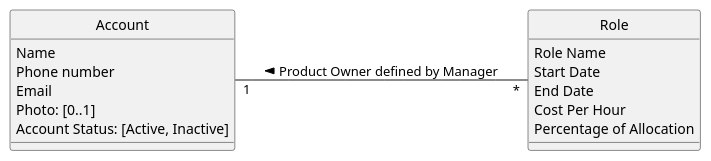
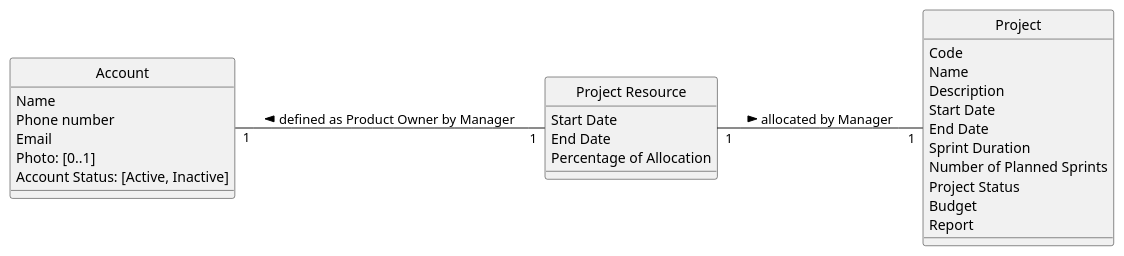
One commit to ivo-menezes/project_g3 changed the diagram in docs/modelling_design/user_stories/us012/US012_DefinePOofProjectDMD.puml. Above: the diagram before and after it, drawn with PlantUML.

Commit message:
US012 : Analysis : US012_DefinePOofProjectDMD (Update)

```diff
--- a/docs/modelling_design/user_stories/us012/US012_DefinePOofProjectDMD.puml
+++ b/docs/modelling_design/user_stories/us012/US012_DefinePOofProjectDMD.puml
@@ -1,24 +1,37 @@
 @startuml
 skinparam style strictuml
 left to right direction
 skinparam groupInheritance 3
 
- class "Account" {
-   Name
-   Phone number
-   Email
-   Photo: [0..1]
-   'the [0..1] in Photo indicates an optional value, see Craig 2004, p.121
-   Account Status: [Active, Inactive]
- }
+class "Account" {
+Name
+Phone number
+Email
+Photo: [0..1]
+'the [0..1] in Photo indicates an optional value, see Craig 2004, p.121
+Account Status: [Active, Inactive]
+}
 
- class Role {
-Role Name
+class "Project Resource" {
 Start Date
 End Date
-Cost Per Hour
 Percentage of Allocation
 }
 
-"Account" "1" -- "*" Role: Product Owner defined by Manager <
+class "Project" {
+Code
+Name
+Description
+Start Date
+End Date
+Sprint Duration
+Number of Planned Sprints
+Project Status
+Budget
+Report
+}
+
+"Account" "1" -down- "1" "Project Resource": defined as Product Owner by Manager   <
+"Project" "1" -up- "1" "Project Resource": allocated by Manager  <
+
 @enduml
```
